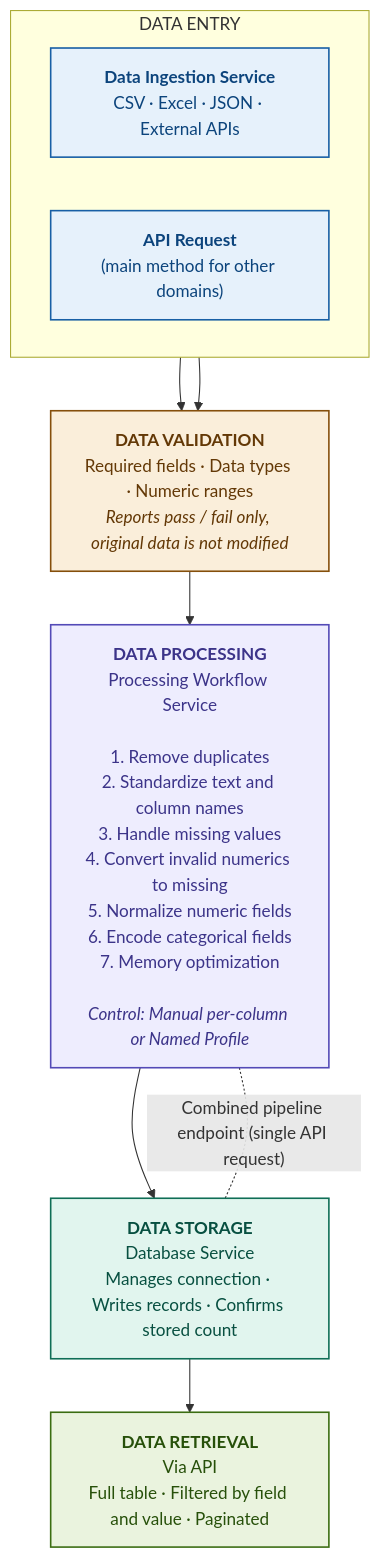
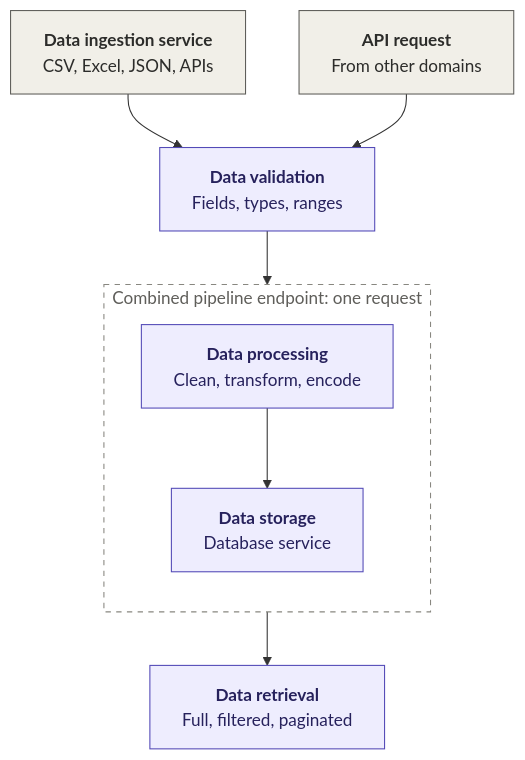
Before and after one commit to ShivanathSamudrala/CARIVIX-AI-docs: the diagram in Knowledge Base /03_System_Design/29. Data_Pipelines.md, drawn with Mermaid. The commit also changed other lines of this file, not shown here.

Commit message:
Update 29. Data_Pipelines.md

````diff
--- a/Knowledge Base /03_System_Design/29. Data_Pipelines.md
+++ b/Knowledge Base /03_System_Design/29. Data_Pipelines.md
@@ -187,36 +184,29 @@
 ```mermaid
 flowchart TD
-    subgraph ENTRY["DATA ENTRY"]
-        direction LR
-        A["<b>Data Ingestion Service</b><br/>CSV · Excel · JSON · External APIs"]
-        B["<b>API Request</b><br/>(main method for other domains)"]
-    end
-
-    C["<b>DATA VALIDATION</b><br/>Required fields · Data types · Numeric ranges<br/><i>Reports pass / fail only, original data is not modified</i>"]
-
-    D["<b>DATA PROCESSING</b><br/>Processing Workflow Service<br/><br/>1. Remove duplicates<br/>2. Standardize text and column names<br/>3. Handle missing values<br/>4. Convert invalid numerics to missing<br/>5. Normalize numeric fields<br/>6. Encode categorical fields<br/>7. Memory optimization<br/><br/><i>Control: Manual per-column or Named Profile</i>"]
-
-    E["<b>DATA STORAGE</b><br/>Database Service<br/>Manages connection · Writes records · Confirms stored count"]
-
-    F["<b>DATA RETRIEVAL</b><br/>Via API<br/>Full table · Filtered by field and value · Paginated"]
+    A["<b>Data ingestion service</b><br/>CSV, Excel, JSON, APIs"]
+    B["<b>API request</b><br/>From other domains"]
+    C["<b>Data validation</b><br/>Fields, types, ranges"]
+    D["<b>Data processing</b><br/>Clean, transform, encode"]
+    E["<b>Data storage</b><br/>Database service"]
+    F["<b>Data retrieval</b><br/>Full, filtered, paginated"]
 
     A --> C
     B --> C
     C --> D
     D --> E
     E --> F
 
-    D -.-|"Combined pipeline endpoint (single API request)"| E
+    subgraph COMBINED["Combined pipeline endpoint: one request"]
+        direction TB
+        D
+        E
+    end
 
-    classDef entry fill:#E6F1FB,stroke:#185FA5,color:#0C447C,stroke-width:1.5px;
-    classDef validate fill:#FAEEDA,stroke:#854F0B,color:#633806,stroke-width:1.5px;
-    classDef process fill:#EEEDFE,stroke:#534AB7,color:#3C3489,stroke-width:1.5px;
-    classDef store fill:#E1F5EE,stroke:#0F6E56,color:#085041,stroke-width:1.5px;
-    classDef retrieve fill:#EAF3DE,stroke:#3B6D11,color:#27500A,stroke-width:1.5px;
+    classDef entry fill:#F1EFE8,stroke:#5F5E5A,color:#2C2C2A,stroke-width:1px;
+    classDef stage fill:#EEEDFE,stroke:#534AB7,color:#26215C,stroke-width:1px;
 
     class A,B entry;
-    class C validate;
-    class D process;
-    class E store;
-    class F retrieve;
+    class C,D,E,F stage;
+
+    style COMBINED fill:none,stroke:#888780,stroke-dasharray:5 5,color:#5F5E5A
 ```
````
